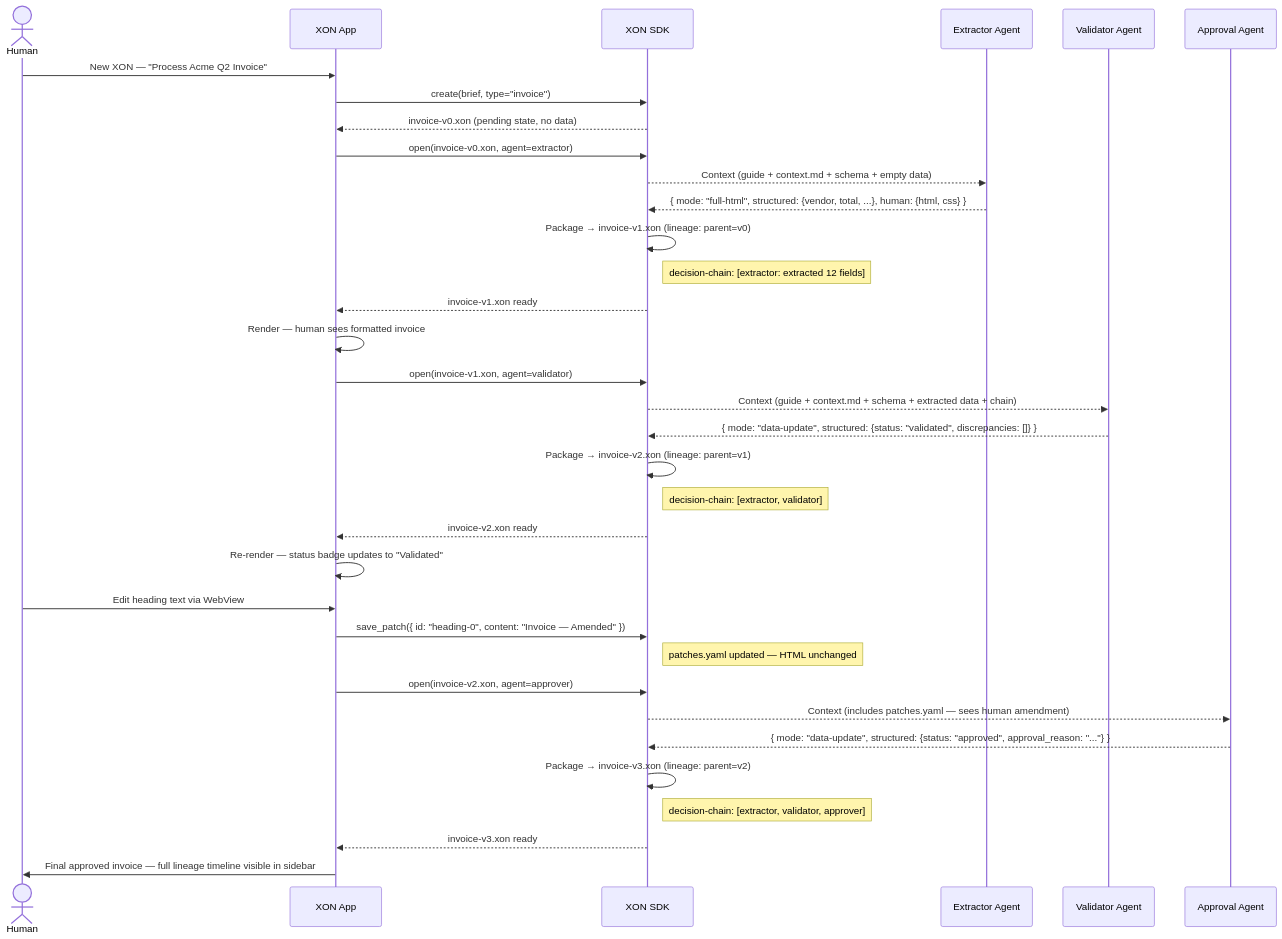
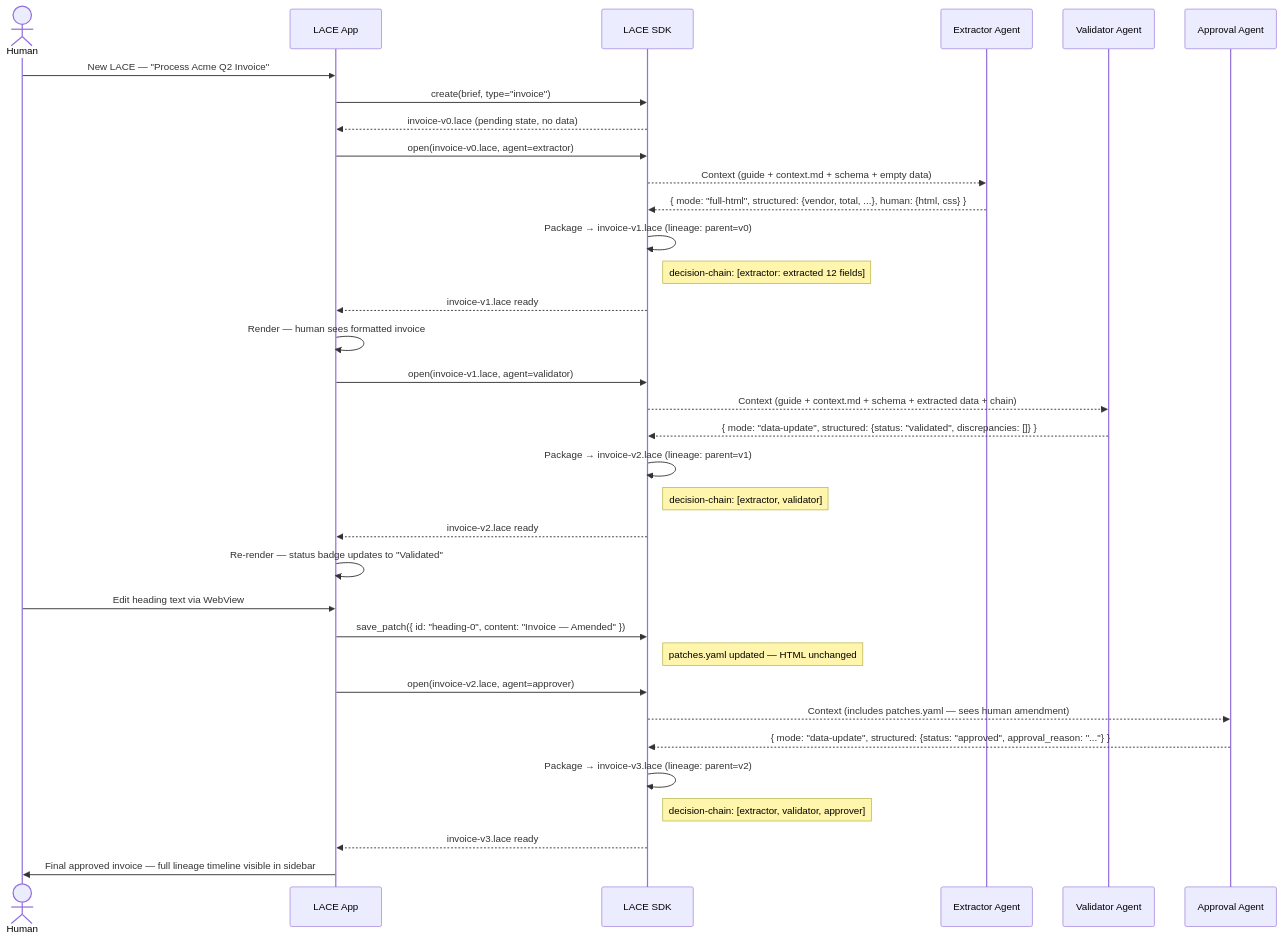
One commit to batunii/napkin-os changed the fifth of 8 diagrams in SEQUENCE-DIAGRAMS.md. Above: the diagram before and after it, drawn with Mermaid. The commit also changed other lines of this file and 7 other files, not shown here.

First line of the commit message:
Rename XON → LACE throughout

````diff
--- a/SEQUENCE-DIAGRAMS.md
+++ b/SEQUENCE-DIAGRAMS.md
@@ -223,44 +223,44 @@
 ```mermaid
 sequenceDiagram
     actor Human
-    participant App as XON App
-    participant SDK as XON SDK
+    participant App as LACE App
+    participant SDK as LACE SDK
     participant A1 as Extractor Agent
     participant A2 as Validator Agent
     participant A3 as Approval Agent
 
-    Human->>App: New XON — "Process Acme Q2 Invoice"
+    Human->>App: New LACE — "Process Acme Q2 Invoice"
     App->>SDK: create(brief, type="invoice")
-    SDK-->>App: invoice-v0.xon (pending state, no data)
+    SDK-->>App: invoice-v0.lace (pending state, no data)
 
-    App->>SDK: open(invoice-v0.xon, agent=extractor)
+    App->>SDK: open(invoice-v0.lace, agent=extractor)
     SDK-->>A1: Context (guide + context.md + schema + empty data)
     A1-->>SDK: { mode: "full-html", structured: {vendor, total, ...}, human: {html, css} }
-    SDK->>SDK: Package → invoice-v1.xon (lineage: parent=v0)
+    SDK->>SDK: Package → invoice-v1.lace (lineage: parent=v0)
     note right of SDK: decision-chain: [extractor: extracted 12 fields]
 
-    SDK-->>App: invoice-v1.xon ready
+    SDK-->>App: invoice-v1.lace ready
     App->>App: Render — human sees formatted invoice
 
-    App->>SDK: open(invoice-v1.xon, agent=validator)
+    App->>SDK: open(invoice-v1.lace, agent=validator)
     SDK-->>A2: Context (guide + context.md + schema + extracted data + chain)
     A2-->>SDK: { mode: "data-update", structured: {status: "validated", discrepancies: []} }
-    SDK->>SDK: Package → invoice-v2.xon (lineage: parent=v1)
+    SDK->>SDK: Package → invoice-v2.lace (lineage: parent=v1)
     note right of SDK: decision-chain: [extractor, validator]
 
-    SDK-->>App: invoice-v2.xon ready
+    SDK-->>App: invoice-v2.lace ready
     App->>App: Re-render — status badge updates to "Validated"
 
     Human->>App: Edit heading text via WebView
     App->>SDK: save_patch({ id: "heading-0", content: "Invoice — Amended" })
     note right of SDK: patches.yaml updated — HTML unchanged
 
-    App->>SDK: open(invoice-v2.xon, agent=approver)
+    App->>SDK: open(invoice-v2.lace, agent=approver)
     SDK-->>A3: Context (includes patches.yaml — sees human amendment)
     A3-->>SDK: { mode: "data-update", structured: {status: "approved", approval_reason: "..."} }
-    SDK->>SDK: Package → invoice-v3.xon (lineage: parent=v2)
+    SDK->>SDK: Package → invoice-v3.lace (lineage: parent=v2)
     note right of SDK: decision-chain: [extractor, validator, approver]
 
-    SDK-->>App: invoice-v3.xon ready
+    SDK-->>App: invoice-v3.lace ready
     App->>Human: Final approved invoice — full lineage timeline visible in sidebar
 ```
````
